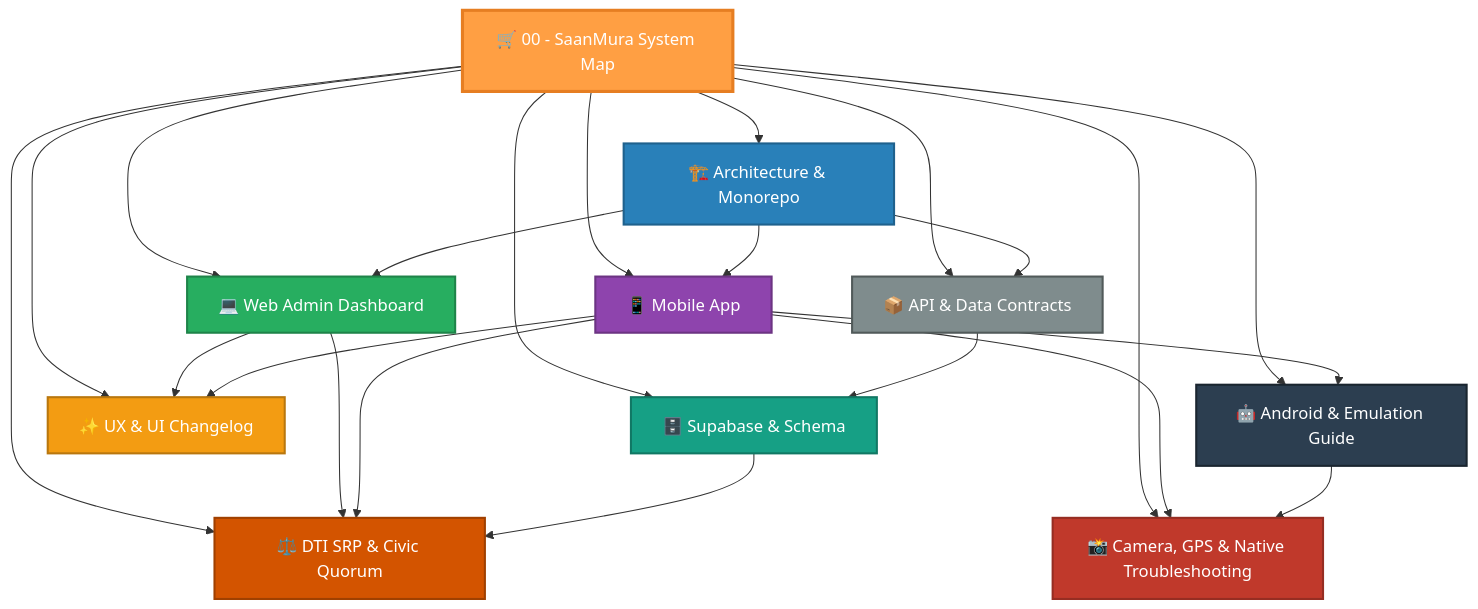
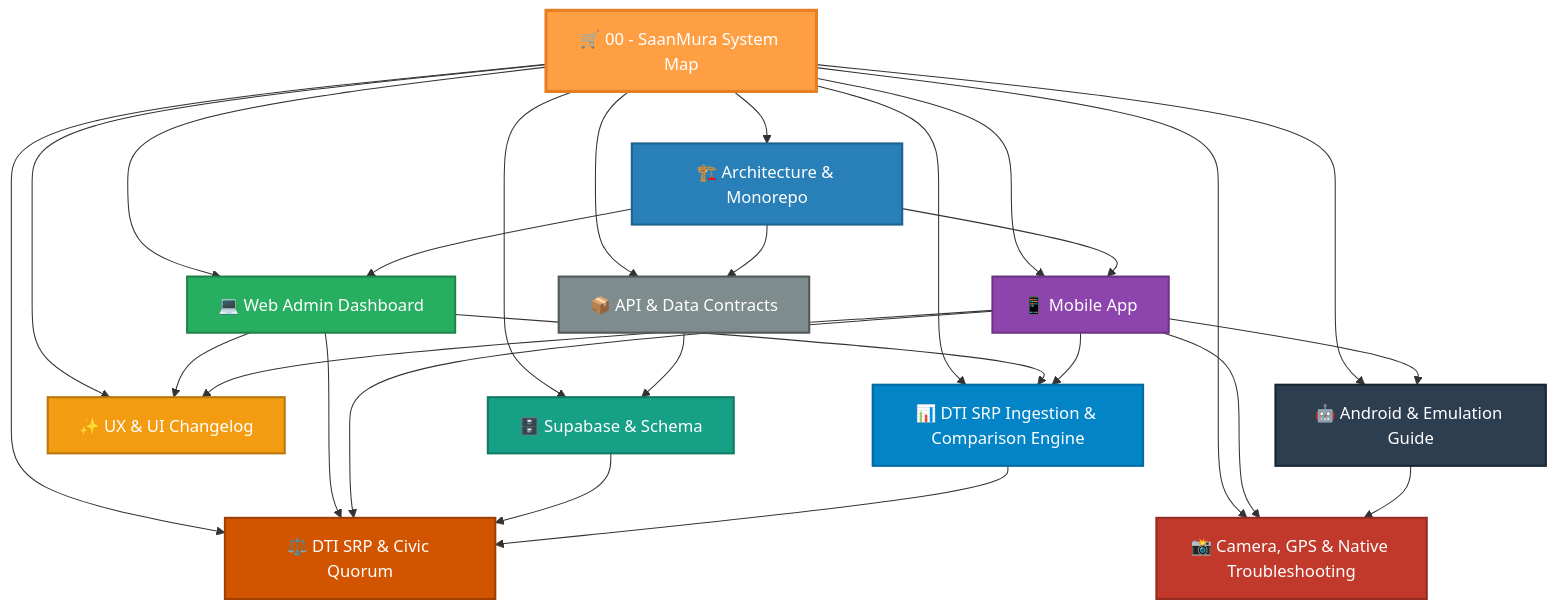
The diagram in docs/obsidian/00 - SaanMura Overview & System Map.md (exodianap-commits/SaanMura), drawn with Mermaid before and after one commit. The commit also changed other lines of this file and 3 other files, not shown here.

Commit message:
docs(obsidian): add DTI SRP data ingestion reference and update system map

````diff
--- a/docs/obsidian/00 - SaanMura Overview & System Map.md
+++ b/docs/obsidian/00 - SaanMura Overview & System Map.md
@@ -15,48 +15,54 @@
 ```mermaid
 graph TD
     MOC["🛒 00 - SaanMura System Map"]:::core
     
     ARCH["🏗️ Architecture & Monorepo"]:::arch
     WEB["💻 Web Admin Dashboard"]:::web
     MOB["📱 Mobile App"]:::mob
     DB["🗄️ Supabase & Schema"]:::db
     QUORUM["⚖️ DTI SRP & Civic Quorum"]:::gov
     CHANGES["✨ UX & UI Changelog"]:::log
     ANDROID["🤖 Android & Emulation Guide"]:::android
     API["📦 API & Data Contracts"]:::api
     NATIVE["📸 Camera, GPS & Native Troubleshooting"]:::trouble
+    INGEST["📊 DTI SRP Ingestion & Comparison Engine"]:::dti
 
     MOC --> ARCH
     MOC --> WEB
     MOC --> MOB
     MOC --> DB
     MOC --> QUORUM
     MOC --> CHANGES
     MOC --> ANDROID
     MOC --> API
     MOC --> NATIVE
+    MOC --> INGEST
 
     ARCH --> WEB
     ARCH --> MOB
     ARCH --> API
     WEB --> QUORUM
     WEB --> CHANGES
+    WEB --> INGEST
     MOB --> QUORUM
     MOB --> ANDROID
     MOB --> CHANGES
     MOB --> NATIVE
+    MOB --> INGEST
     DB --> QUORUM
     API --> DB
     ANDROID --> NATIVE
+    INGEST --> QUORUM
 
     classDef core fill:#ff9f43,stroke:#e67e22,stroke-width:3px,color:#fff;
     classDef arch fill:#2980b9,stroke:#1f618d,stroke-width:2px,color:#fff;
     classDef web fill:#27ae60,stroke:#1e8449,stroke-width:2px,color:#fff;
     classDef mob fill:#8e44ad,stroke:#6c3483,stroke-width:2px,color:#fff;
     classDef db fill:#16a085,stroke:#117864,stroke-width:2px,color:#fff;
     classDef gov fill:#d35400,stroke:#a04000,stroke-width:2px,color:#fff;
     classDef log fill:#f39c12,stroke:#b9770e,stroke-width:2px,color:#fff;
     classDef android fill:#2c3e50,stroke:#1a252f,stroke-width:2px,color:#fff;
     classDef api fill:#7f8c8d,stroke:#515a5a,stroke-width:2px,color:#fff;
     classDef trouble fill:#c0392b,stroke:#962d22,stroke-width:2px,color:#fff;
+    classDef dti fill:#0284c7,stroke:#0369a1,stroke-width:2px,color:#fff;
 ```
````
